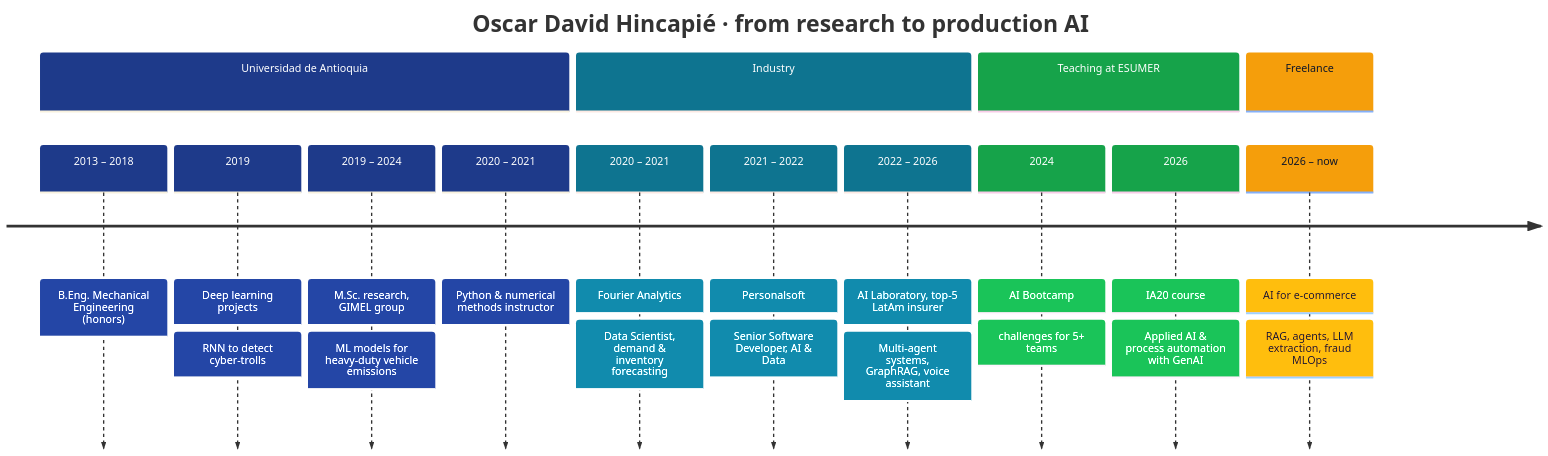
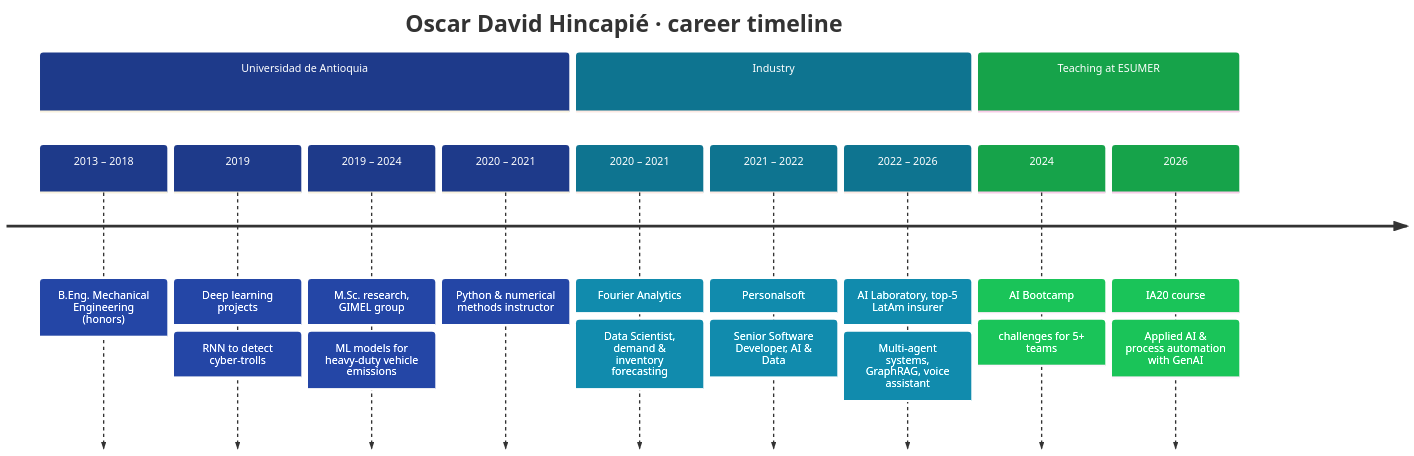
One commit to NarciH/NarciH changed the diagram in README.md. Above: the diagram before and after it, drawn with Mermaid. The commit also changed other lines of this file, not shown here.

Commit message:
Tell the career in four moments and move measured results to the portfolio

````diff
--- a/README.md
+++ b/README.md
@@ -44,19 +35,17 @@
 ```mermaid
 %%{init: {"theme": "base", "themeVariables": {"cScale0": "#1e3a8a", "cScaleLabel0": "#ffffff", "cScale1": "#0e7490", "cScaleLabel1": "#ffffff", "cScale2": "#16a34a", "cScaleLabel2": "#ffffff", "cScale3": "#f59e0b", "cScaleLabel3": "#0f172a"}}}%%
 timeline
-    title Oscar David Hincapié · from research to production AI
+    title Oscar David Hincapié · career timeline
     section Universidad de Antioquia
         2013 – 2018 : B.Eng. Mechanical Engineering (honors)
         2019 : Deep learning projects : RNN to detect cyber-trolls
         2019 – 2024 : M.Sc. research, GIMEL group : ML models for heavy-duty vehicle emissions
         2020 – 2021 : Python & numerical methods instructor
     section Industry
         2020 – 2021 : Fourier Analytics : Data Scientist, demand & inventory forecasting
         2021 – 2022 : Personalsoft : Senior Software Developer, AI & Data
         2022 – 2026 : AI Laboratory, top-5 LatAm insurer : Multi-agent systems, GraphRAG, voice assistant
     section Teaching at ESUMER
         2024 : AI Bootcamp : challenges for 5+ teams
         2026 : IA20 course : Applied AI & process automation with GenAI
-    section Freelance
-        2026 – now : AI for e-commerce : RAG, agents, LLM extraction, fraud MLOps
 ```
````
